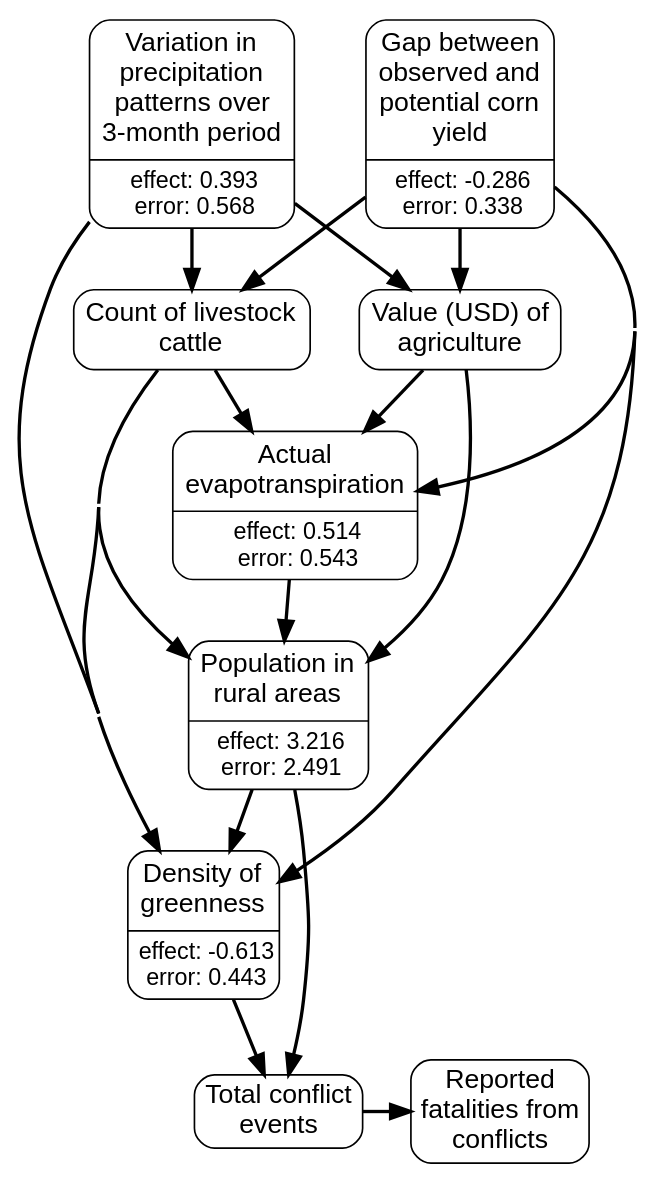
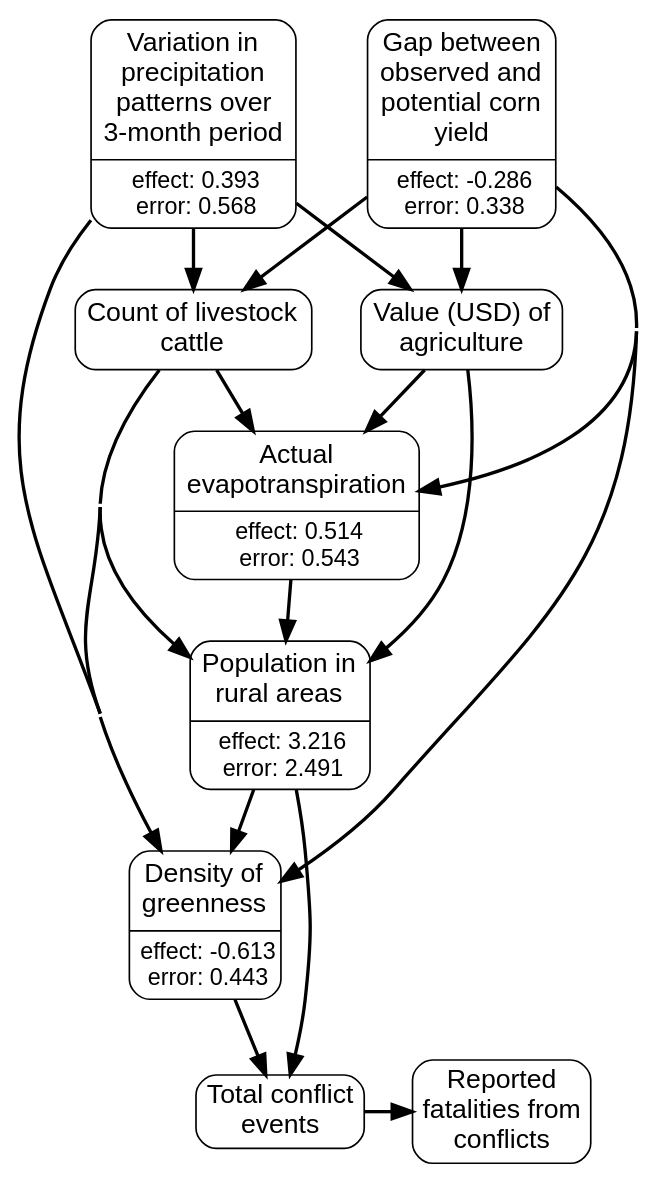
Before and after one commit to wri/wri-wpsi: the diagram in app/javascript/images/regions/causal_graphs/sub-saharan_africa.gv, drawn with Graphviz. The commit also changed 14 other files, not shown here.

```diff
--- a/app/javascript/images/regions/causal_graphs/sub-saharan_africa.gv
+++ b/app/javascript/images/regions/causal_graphs/sub-saharan_africa.gv
@@ -1,68 +1,71 @@
 # generated file for region: sub-saharan_africa by CausalModelRegionGenerator
 strict digraph causalModel {
 nodesep = 0.4;
 concentrate = true;
 node[shape = Mrecord, fontname = "Helvetica, Arial, sans-serif", margin = "0.07,0.05", penwidth = 1.0];
 edge[arrowsize = 1.2, penwidth = 2];
 
-#ranks
-{rank=same; spi_3_m yield_gap_maize_s; }
-{rank=same; acl_sum_evnt_m acl_sum_fatl_m; }
-# links
-et_actl_m_MAX_m -> rurpop_s;
-cattle_number_s -> et_actl_m_MAX_m;
-cattle_number_s -> rurpop_s;
-cattle_number_s -> ndvi_act_min_m;
-spi_3_m -> cattle_number_s;
-spi_3_m -> spam_V_agg_t_sum_s;
-spi_3_m -> ndvi_act_min_m;
-spam_V_agg_t_sum_s -> et_actl_m_MAX_m;
-spam_V_agg_t_sum_s -> rurpop_s;
-yield_gap_maize_s -> et_actl_m_MAX_m;
-yield_gap_maize_s -> cattle_number_s;
-yield_gap_maize_s -> spam_V_agg_t_sum_s;
-yield_gap_maize_s -> ndvi_act_min_m;
-rurpop_s -> ndvi_act_min_m;
-rurpop_s -> acl_sum_evnt_m;
-ndvi_act_min_m -> acl_sum_evnt_m;
-acl_sum_evnt_m -> acl_sum_fatl_m;
 # nodes
 et_actl_m_MAX_m [label = <{<table align="center" border="0" cellspacing="1" cellpadding="1">
 <tr><td><font point-size="16">Actual<br/>evapotranspiration<br/></font></td></tr>
 </table>
 |<table border="0" cellspacing="1" cellpadding="0.5"><tr><td><font point-size="14">effect: 0.514</font></td></tr>
 <tr><td><font point-size="14">error: 0.543</font></td></tr></table>}>, class = rankB];
 cattle_number_s [label = <<table align="center" border="0" cellspacing="1" cellpadding="1">
 <tr><td><font point-size="16">Count of livestock<br/>cattle<br/></font></td></tr>
 </table>
 >, class = rankB];
 spi_3_m [label = <{<table align="center" border="0" cellspacing="1" cellpadding="1">
 <tr><td><font point-size="16">Variation in<br/>precipitation<br/>patterns over<br/>3-month period<br/></font></td></tr>
 </table>
 |<table border="0" cellspacing="1" cellpadding="0.5"><tr><td><font point-size="14">effect: 0.393</font></td></tr>
 <tr><td><font point-size="14">error: 0.568</font></td></tr></table>}>, class = rankA];
 spam_V_agg_t_sum_s [label = <<table align="center" border="0" cellspacing="1" cellpadding="1">
 <tr><td><font point-size="16">Value (USD) of<br/>agriculture<br/></font></td></tr>
 </table>
 >, class = rankB];
 yield_gap_maize_s [label = <{<table align="center" border="0" cellspacing="1" cellpadding="1">
 <tr><td><font point-size="16">Gap between<br/>observed and<br/>potential corn<br/>yield<br/></font></td></tr>
 </table>
 |<table border="0" cellspacing="1" cellpadding="0.5"><tr><td><font point-size="14">effect: -0.286</font></td></tr>
 <tr><td><font point-size="14">error: 0.338</font></td></tr></table>}>, class = rankA];
 rurpop_s [label = <{<table align="center" border="0" cellspacing="1" cellpadding="1">
 <tr><td><font point-size="16">Population in<br/>rural areas<br/></font></td></tr>
 </table>
 |<table border="0" cellspacing="1" cellpadding="0.5"><tr><td><font point-size="14">effect: 3.216</font></td></tr>
 <tr><td><font point-size="14">error: 2.491</font></td></tr></table>}>, class = rankB];
 ndvi_act_min_m [label = <{<table align="center" border="0" cellspacing="1" cellpadding="1">
 <tr><td><font point-size="16">Density of<br/>greenness<br/></font></td></tr>
 </table>
 |<table border="0" cellspacing="1" cellpadding="0.5"><tr><td><font point-size="14">effect: -0.613</font></td></tr>
 <tr><td><font point-size="14">error: 0.443</font></td></tr></table>}>, class = rankB];
 acl_sum_evnt_m [label = "Total conflict
 events", class = rankC, shape=box, style=rounded, fontsize="16pt"];
 acl_sum_fatl_m [label = "Reported
 fatalities from
 conflicts", class = rankC, shape=box, style=rounded, fontsize="16pt"];
+
+#ranks
+{rank=same; spi_3_m yield_gap_maize_s; }
+{rank=same; acl_sum_evnt_m acl_sum_fatl_m; }
+
+# links
+et_actl_m_MAX_m -> rurpop_s;
+cattle_number_s -> et_actl_m_MAX_m;
+cattle_number_s -> rurpop_s;
+cattle_number_s -> ndvi_act_min_m;
+spi_3_m -> cattle_number_s;
+spi_3_m -> spam_V_agg_t_sum_s;
+spi_3_m -> ndvi_act_min_m;
+spam_V_agg_t_sum_s -> et_actl_m_MAX_m;
+spam_V_agg_t_sum_s -> rurpop_s;
+yield_gap_maize_s -> et_actl_m_MAX_m;
+yield_gap_maize_s -> cattle_number_s;
+yield_gap_maize_s -> spam_V_agg_t_sum_s;
+yield_gap_maize_s -> ndvi_act_min_m;
+rurpop_s -> ndvi_act_min_m;
+rurpop_s -> acl_sum_evnt_m;
+ndvi_act_min_m -> acl_sum_evnt_m;
+acl_sum_evnt_m -> acl_sum_fatl_m;
+
 }
```
